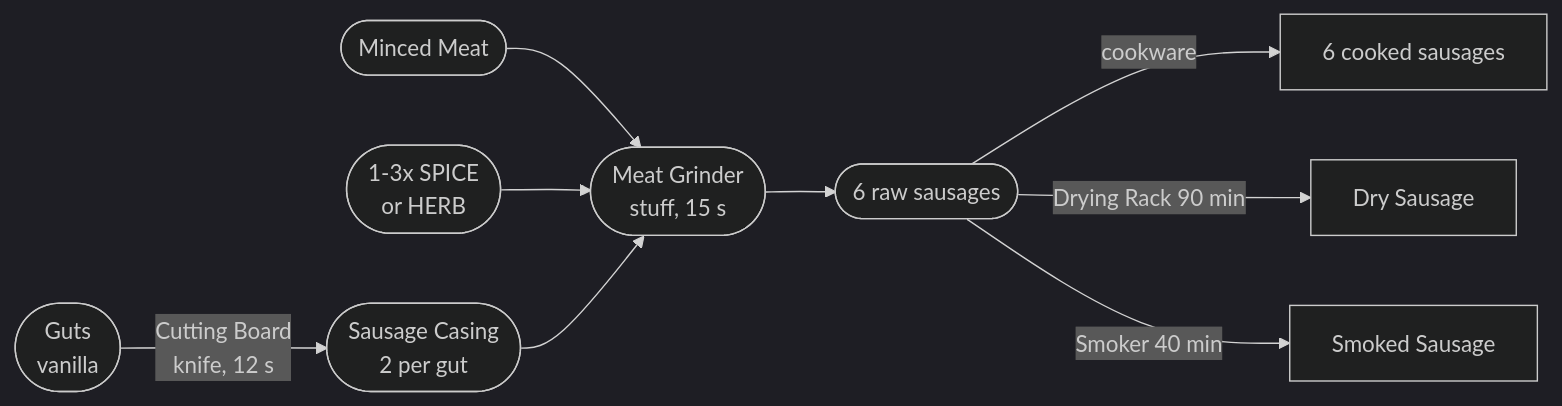
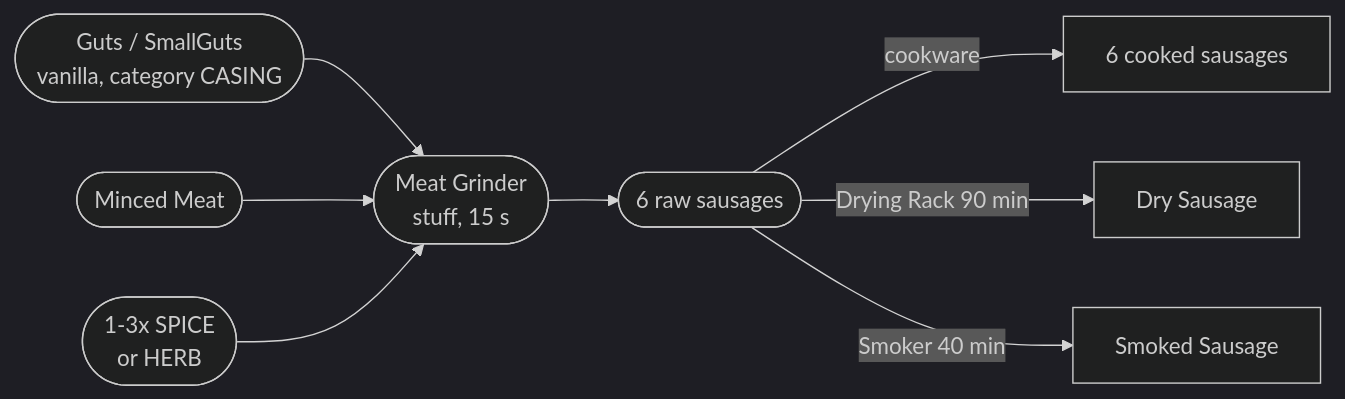
Before and after one commit to Psyern/Psyerns_ChefZ: the eighth of 13 diagrams in ChefZ_Wiki/Production-Chains.md, drawn with Mermaid (dark theme). The commit also changed other lines of this file and 6 other files, not shown here.

````diff
--- a/ChefZ_Wiki/Production-Chains.md
+++ b/ChefZ_Wiki/Production-Chains.md
@@ -217,11 +226,11 @@
 ```mermaid
 graph LR
-  G(["Guts<br/>vanilla"]) -->|"Cutting Board<br/>knife, 12 s"| SC(["Sausage Casing<br/>2 per gut"])
+  G(["Guts / SmallGuts<br/>vanilla, category CASING"]) --> SS
   MM(["Minced Meat"]) --> SS
   SP(["1-3x SPICE<br/>or HERB"]) --> SS
-  SC --> SS(["Meat Grinder<br/>stuff, 15 s"])
+  SS(["Meat Grinder<br/>stuff, 15 s"])
   SS --> RS(["6 raw sausages"])
   RS -->|"cookware"| CS["6 cooked sausages"]
   RS -->|"Drying Rack 90 min"| DS["Dry Sausage"]
   RS -->|"Smoker 40 min"| SM["Smoked Sausage"]
 ```
````
